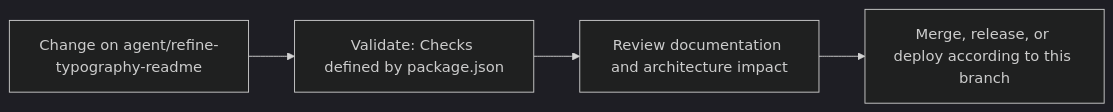
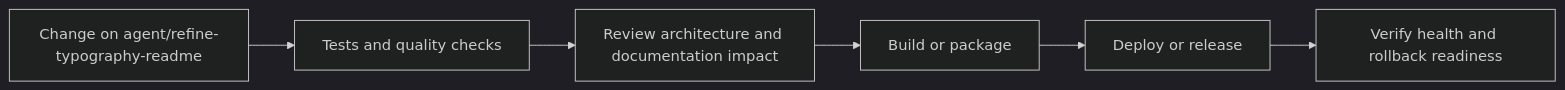
Before and after one commit to Nischhalsubba/rismfp-ui: the fourth of 5 diagrams in README.md, drawn with Mermaid (dark theme). The commit also changed other lines of this file, not shown here.

````diff
--- a/README.md
+++ b/README.md
@@ -70,8 +136,8 @@
 ```mermaid
 flowchart LR
-    CHANGE["Change on agent/refine-typography-readme"]
-    CHECK["Validate: Checks defined by package.json"]
-    REVIEW["Review documentation and architecture impact"]
-    RELEASE["Merge, release, or deploy according to this branch"]
-    CHANGE --> CHECK --> REVIEW --> RELEASE
+    CHANGE["Change on agent/refine-typography-readme"] --> CHECK["Tests and quality checks"]
+    CHECK --> REVIEW["Review architecture and documentation impact"]
+    REVIEW --> BUILD["Build or package"]
+    BUILD --> DEPLOY["Deploy or release"]
+    DEPLOY --> VERIFY["Verify health and rollback readiness"]
 ```
````
